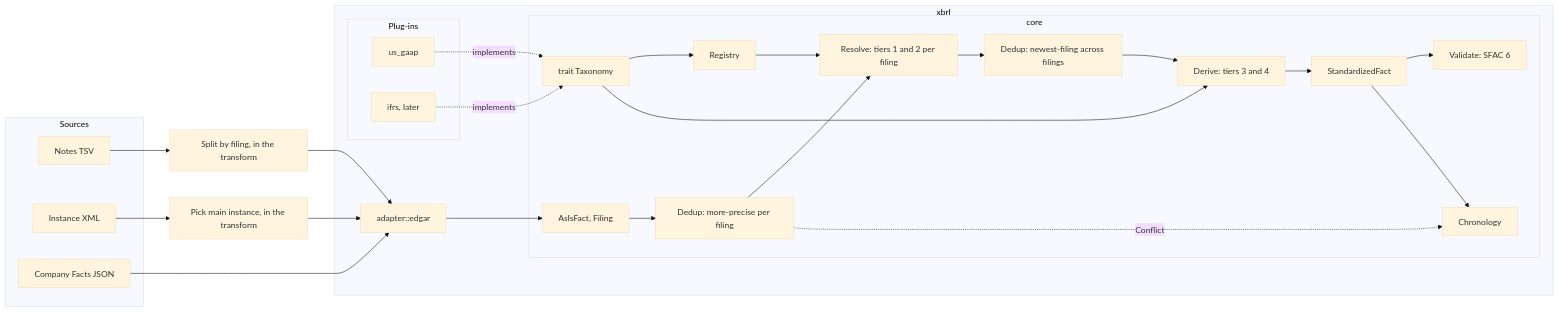
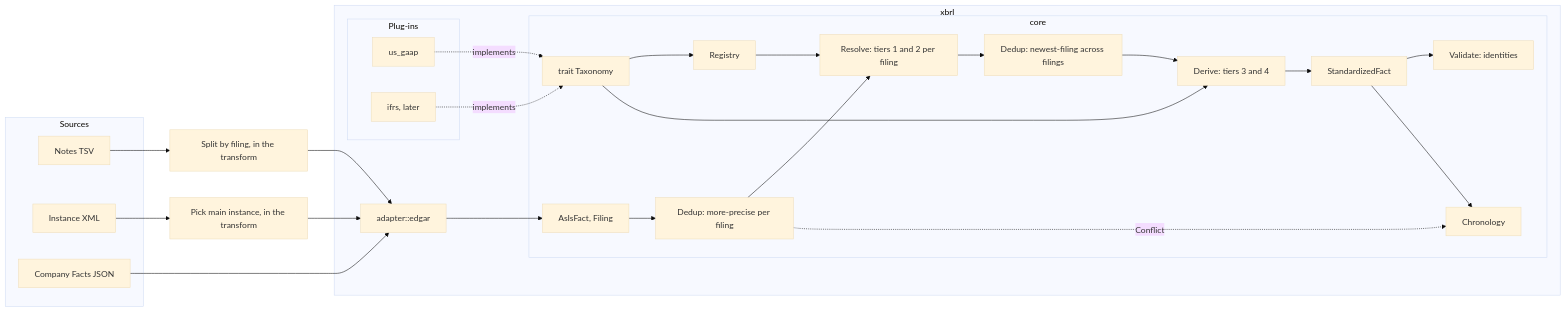
One commit to ironcapitaleu/arkad changed the first of 2 diagrams in xbrl/DESIGN.md. Above: the diagram before and after it, drawn with Mermaid (base theme). The commit also changed other lines of this file and 14 other files, not shown here.

````diff
--- a/xbrl/DESIGN.md
+++ b/xbrl/DESIGN.md
@@ -83,38 +83,38 @@
 ```mermaid
 flowchart LR
   subgraph Sources
     N[Notes TSV]
     I[Instance XML]
     J[Company Facts JSON]
   end
   subgraph xbrl
     subgraph core
       A[AsIsFact, Filing]
       T[trait Taxonomy]
       R[Registry]
       D1[Dedup: more-precise per filing]
       RES[Resolve: tiers 1 and 2 per filing]
       D2[Dedup: newest-filing across filings]
       DER[Derive: tiers 3 and 4]
-      V[Validate: SFAC 6]
+      V[Validate: identities]
       C[Chronology]
       S[StandardizedFact]
     end
     subgraph plugins[Plug-ins]
       U[us_gaap]
       F[ifrs, later]
     end
     SA[adapter::edgar]
   end
   N --> SPL[Split by filing, in the transform] --> SA
   I --> PICK[Pick main instance, in the transform] --> SA
   J --> SA --> A
   U -. implements .-> T
   F -. implements .-> T
   T --> R --> RES
   A --> D1 --> RES --> D2 --> DER --> S
   D1 -. Conflict .-> C
   T --> DER
   S --> V
   S --> C
 ```
````
